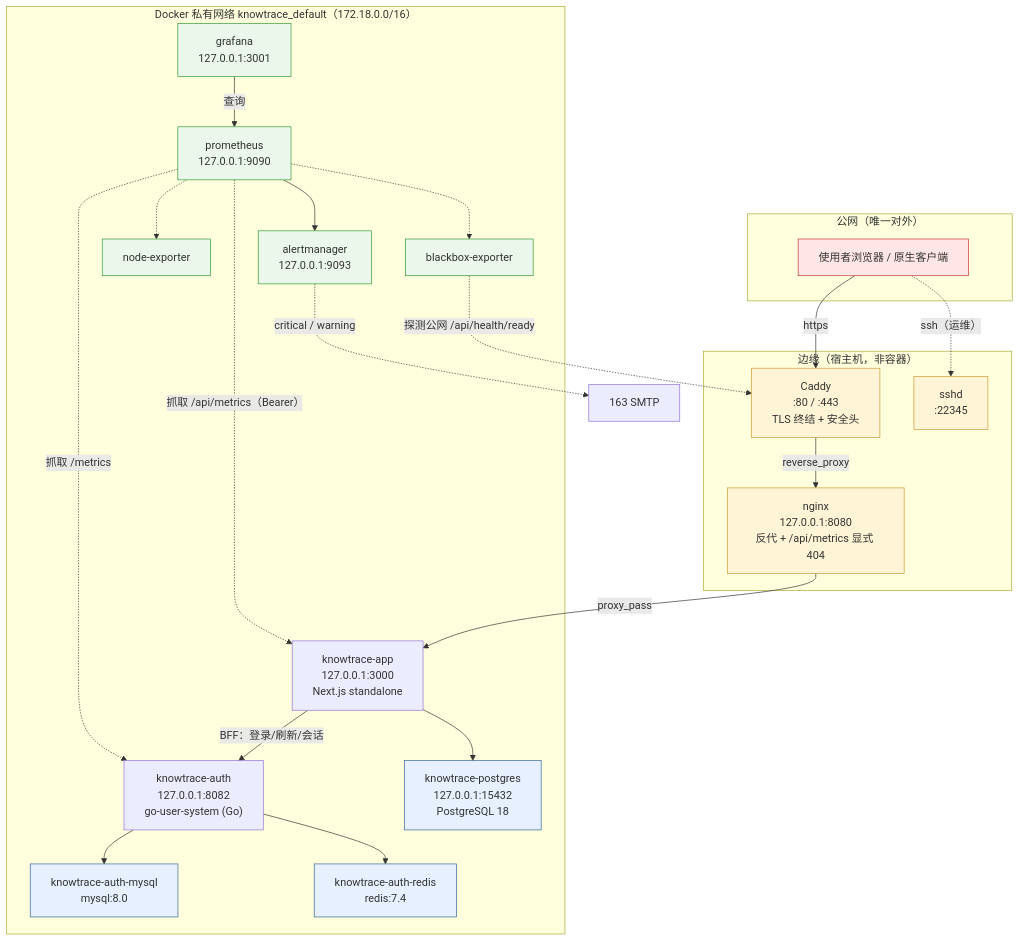
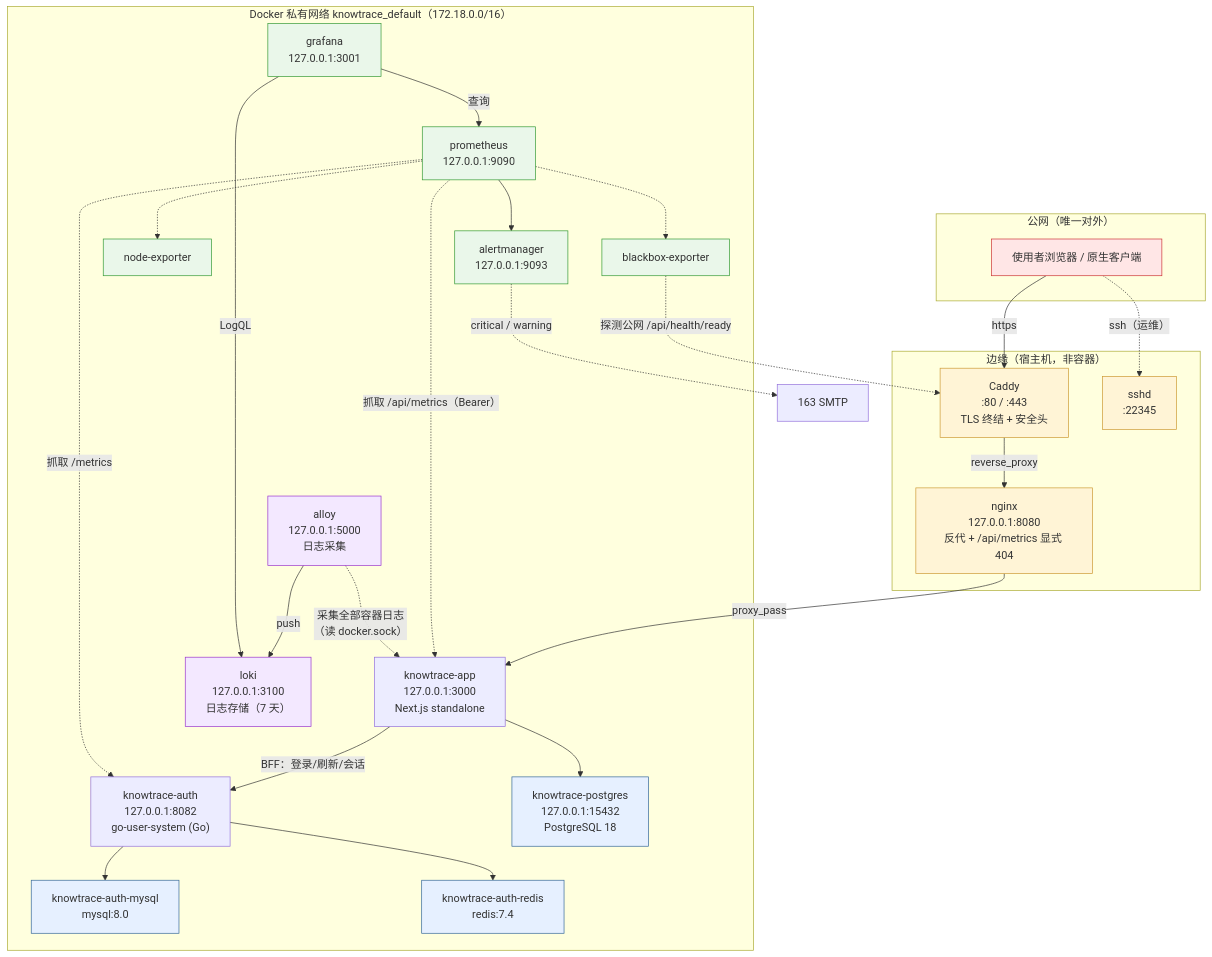
Before and after one commit to Yotoha0303/KnowTrace: the first of 10 diagrams in docs/24-architecture-diagrams.md, drawn with Mermaid. The commit also changed other lines of this file and 8 other files, not shown here.

````diff
--- a/docs/24-architecture-diagrams.md
+++ b/docs/24-architecture-diagrams.md
@@ -15,55 +15,63 @@
 ```mermaid
 flowchart TB
     subgraph PUB["公网（唯一对外）"]
         USER["使用者浏览器 / 原生客户端"]
     end
 
     subgraph EDGE["边缘（宿主机，非容器）"]
         CADDY["Caddy<br/>:80 / :443<br/>TLS 终结 + 安全头"]
         NGINX["nginx<br/>127.0.0.1:8080<br/>反代 + /api/metrics 显式 404"]
         SSH["sshd<br/>:22345"]
     end
 
     subgraph NET["Docker 私有网络 knowtrace_default（172.18.0.0/16）"]
         APP["knowtrace-app<br/>127.0.0.1:3000<br/>Next.js standalone"]
         AUTH["knowtrace-auth<br/>127.0.0.1:8082<br/>go-user-system (Go)"]
         PG["knowtrace-postgres<br/>127.0.0.1:15432<br/>PostgreSQL 18"]
         MYSQL["knowtrace-auth-mysql<br/>mysql:8.0"]
         REDIS["knowtrace-auth-redis<br/>redis:7.4"]
         PROM["prometheus<br/>127.0.0.1:9090"]
         GRAF["grafana<br/>127.0.0.1:3001"]
         AM["alertmanager<br/>127.0.0.1:9093"]
         NE["node-exporter"]
         BB["blackbox-exporter"]
+        LOKI["loki<br/>127.0.0.1:3100<br/>日志存储（7 天）"]
+        ALLOY["alloy<br/>127.0.0.1:5000<br/>日志采集"]
     end
 
     MAIL["163 SMTP"]
 
     USER -->|"https"| CADDY
     USER -.->|"ssh（运维）"| SSH
     CADDY -->|"reverse_proxy"| NGINX
     NGINX -->|"proxy_pass"| APP
 
     APP -->|"BFF：登录/刷新/会话"| AUTH
     APP --> PG
     AUTH --> MYSQL
     AUTH --> REDIS
 
     PROM -.->|"抓取 /api/metrics（Bearer）"| APP
     PROM -.->|"抓取 /metrics"| AUTH
     PROM -.-> NE
     PROM -.-> BB
     BB -.->|"探测公网 /api/health/ready"| CADDY
     PROM --> AM
     AM -.->|"critical / warning"| MAIL
     GRAF -->|"查询"| PROM
 
+    ALLOY -.->|"采集全部容器日志<br/>（读 docker.sock）"| APP
+    ALLOY -->|"push"| LOKI
+    GRAF -->|"LogQL"| LOKI
+
     classDef pub fill:#ffe6e6,stroke:#c33
     classDef edge fill:#fff4d6,stroke:#c93
     classDef data fill:#e6f0ff,stroke:#369
     classDef obs fill:#eaf7ea,stroke:#393
+    classDef log fill:#f3e8ff,stroke:#93c
     class USER pub
     class CADDY,NGINX,SSH edge
     class PG,MYSQL,REDIS data
     class PROM,GRAF,AM,NE,BB obs
+    class LOKI,ALLOY log
 ```
````
